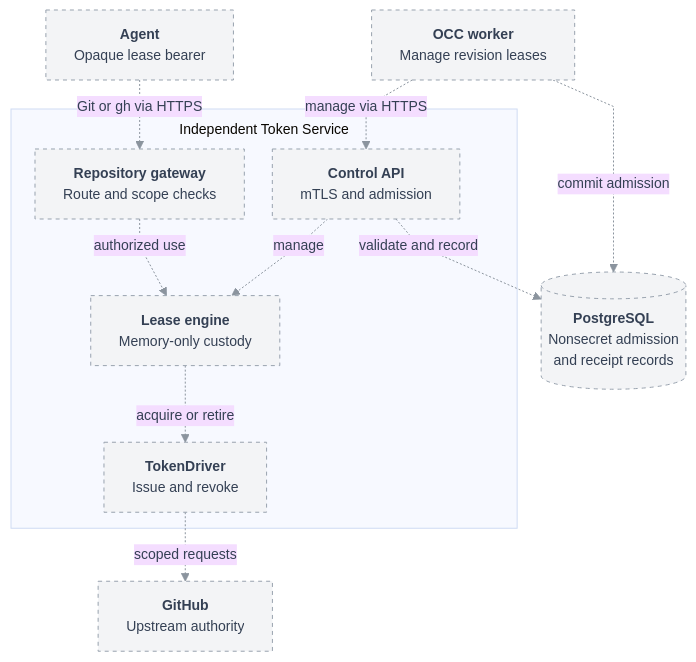
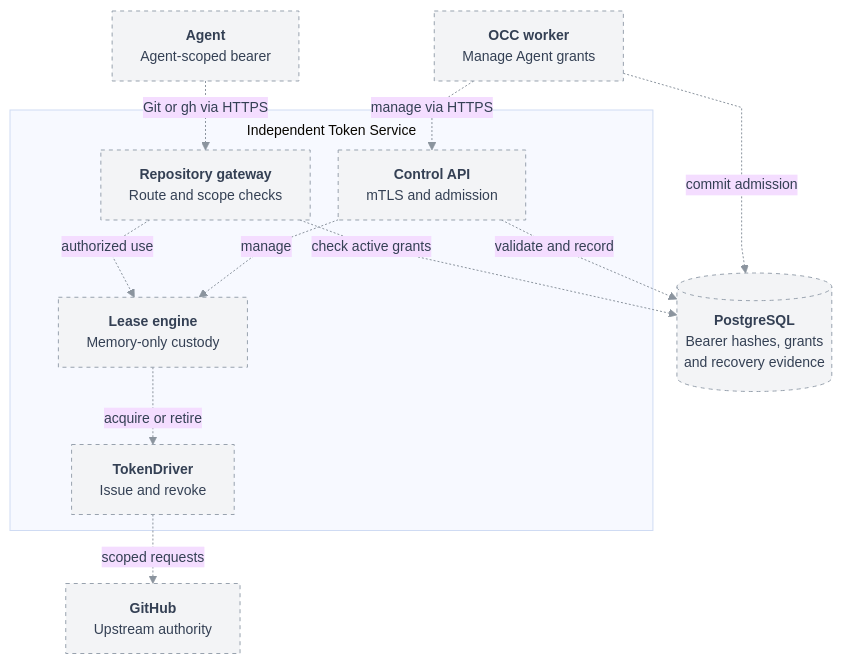
The diagram in specs/rfcs/0056-token-service/deployment.md (SebTardif/openclaw-enterprise), drawn with Mermaid before and after one commit. The commit also changed other lines of this file and 3 other files, not shown here.

````diff
--- a/specs/rfcs/0056-token-service/deployment.md
+++ b/specs/rfcs/0056-token-service/deployment.md
@@ -17,40 +17,41 @@
 ```mermaid
 ---
 config:
   theme: base
   htmlLabels: true
   themeVariables:
     fontSize: 14px
     primaryTextColor: "#344054"
     lineColor: "#8B949E"
   flowchart:
     curve: linear
     nodeSpacing: 28
     rankSpacing: 32
     padding: 14
     subGraphTitleMargin:
       top: 10
       bottom: 14
 ---
 flowchart TB
-  Worker["<b>OCC worker</b><br/>Manage revision leases"]
-  Agent["<b>Agent</b><br/>Opaque lease bearer"]
+  Worker["<b>OCC worker</b><br/>Manage Agent grants"]
+  Agent["<b>Agent</b><br/>Agent-scoped bearer"]
   subgraph Service["Independent Token Service"]
     Control["<b>Control API</b><br/>mTLS and admission"]
     Gateway["<b>Repository gateway</b><br/>Route and scope checks"]
     Lease["<b>Lease engine</b><br/>Memory-only custody"]
     Driver["<b>TokenDriver</b><br/>Issue and revoke"]
   end
-  State[("<b>PostgreSQL</b><br/>Nonsecret admission<br/>and receipt records")]
+  State[("<b>PostgreSQL</b><br/>Bearer hashes, grants<br/>and recovery evidence")]
   Issuer["<b>GitHub</b><br/>Upstream authority"]
   Worker -.->|manage via HTTPS| Control
   Worker -.->|commit admission| State
   Agent -.->|Git or gh via HTTPS| Gateway
   Control -.->|validate and record| State
   Control -.->|manage| Lease
+  Gateway -.->|check active grants| State
   Gateway -.->|authorized use| Lease
   Lease -.->|acquire or retire| Driver
   Driver -.->|scoped requests| Issuer
   classDef pending fill:#F3F4F6,stroke:#98A2AE,color:#344054,stroke-width:1px,stroke-dasharray:4 4
   class Worker,Agent,Control,Gateway,Lease,Driver,State,Issuer pending
 ```
````
